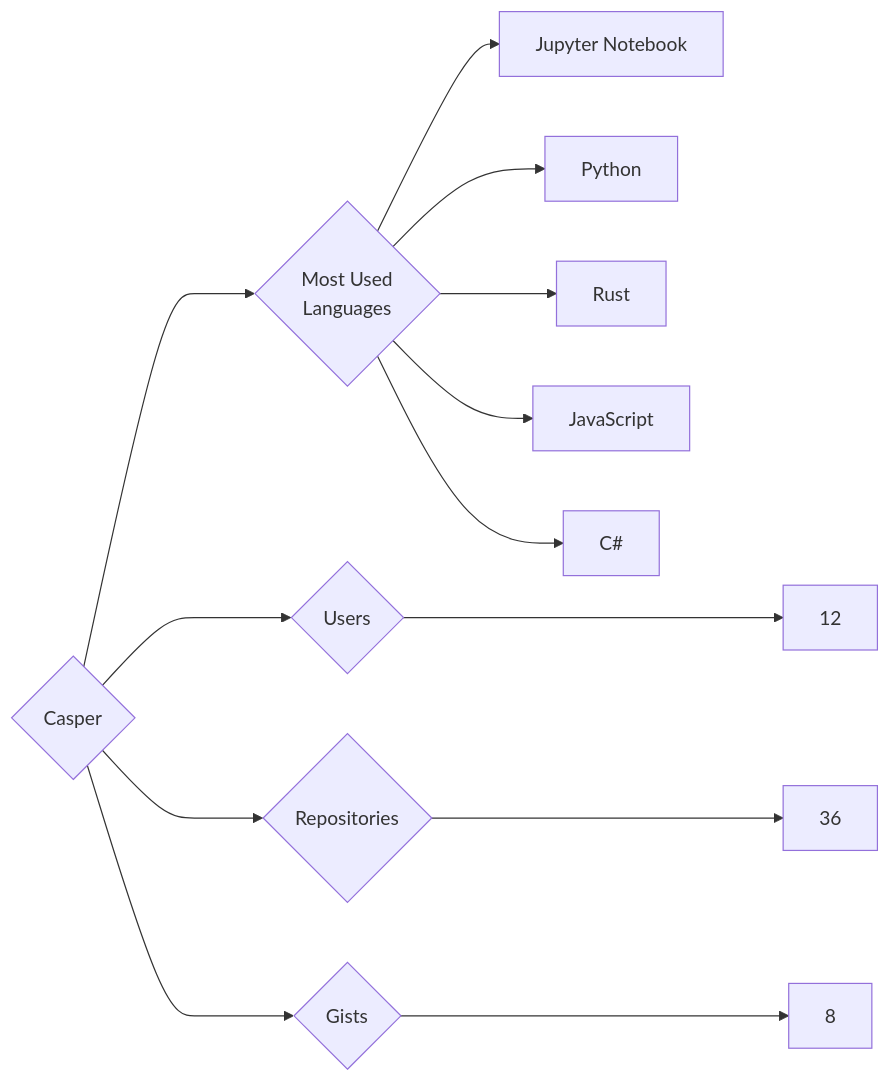
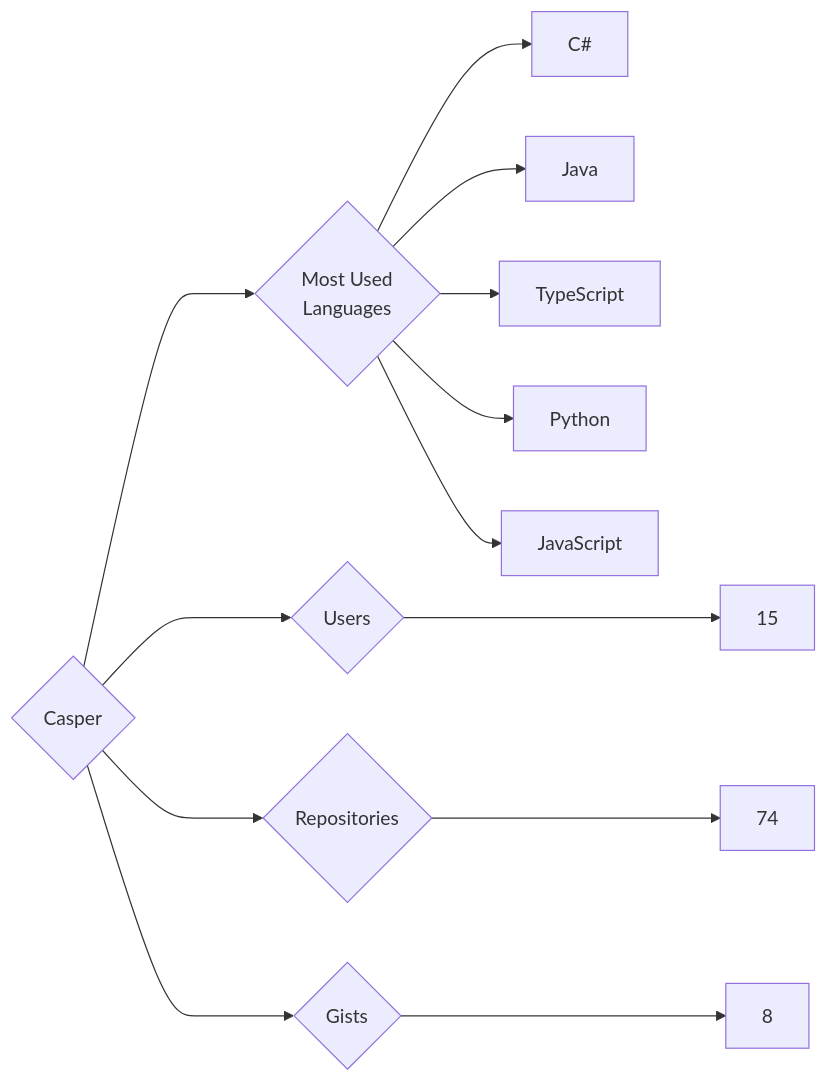
Before and after one commit to trickest/insiders: the diagram in targets/Casper/README.md, drawn with Mermaid. The commit also changed 736 other files, not shown here.

````diff
--- a/targets/Casper/README.md
+++ b/targets/Casper/README.md
@@ -3,13 +3,13 @@
 ```mermaid
 graph LR
 COMPANY_NAME{Casper}
-COMPANY_NAME ---> U{Users} ---> UN[12]
-COMPANY_NAME ---> R{Repositories} ---> RN[36]
+COMPANY_NAME ---> U{Users} ---> UN[15]
+COMPANY_NAME ---> R{Repositories} ---> RN[74]
 COMPANY_NAME ---> G{Gists} ---> GN[8]
 COMPANY_NAME ---> ML{Most Used<br>Languages}
-ML --> Jupyter_Notebook[Jupyter Notebook]
+ML --> C#[C#]
+ML --> Java[Java]
+ML --> TypeScript[TypeScript]
 ML --> Python[Python]
-ML --> Rust[Rust]
 ML --> JavaScript[JavaScript]
-ML --> C#[C#]
 ```
````
